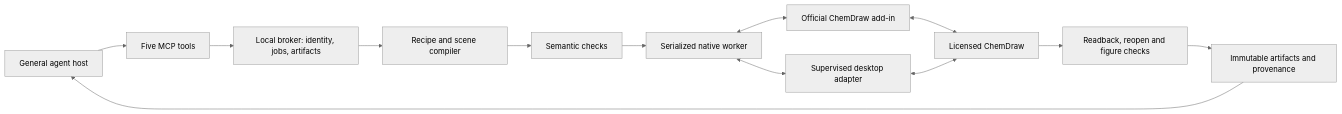
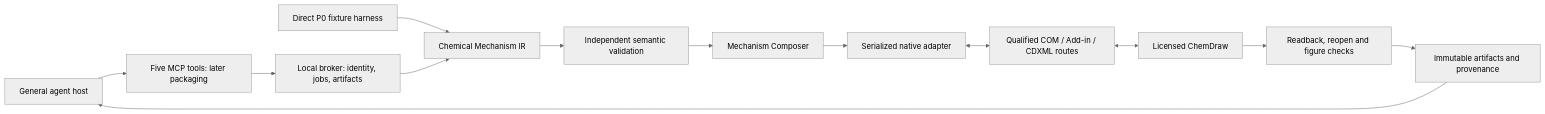
Before and after one commit to saigyujikingyo-png/chemdraw-companion: the diagram in docs/ARCHITECTURE.md, drawn with Mermaid (neutral theme). The commit also changed other lines of this file and 14 other files, not shown here.

````diff
--- a/docs/ARCHITECTURE.md
+++ b/docs/ARCHITECTURE.md
@@ -13,15 +13,15 @@
 ```mermaid
 flowchart LR
-  H[General agent host] --> M[Five MCP tools]
+  H[General agent host] --> M[Five MCP tools: later packaging]
   M --> B[Local broker: identity, jobs, artifacts]
-  B --> R[Recipe and scene compiler]
-  R --> V[Semantic checks]
-  V --> W[Serialized native worker]
-  W <--> A[Official ChemDraw add-in]
-  W <--> D[Supervised desktop adapter]
+  T[Direct P0 fixture harness] --> I[Chemical Mechanism IR]
+  B --> I
+  I --> V[Independent semantic validation]
+  V --> G[Mechanism Composer]
+  G --> W[Serialized native adapter]
+  W <--> A[Qualified COM / Add-in / CDXML routes]
   A <--> C[Licensed ChemDraw]
-  D <--> C
   C --> Q[Readback, reopen and figure checks]
   Q --> F[Immutable artifacts and provenance]
   F --> H
 ```
````
